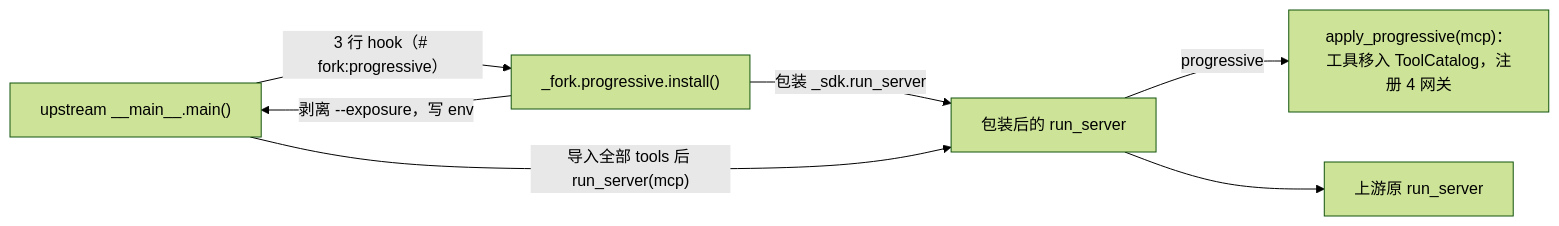
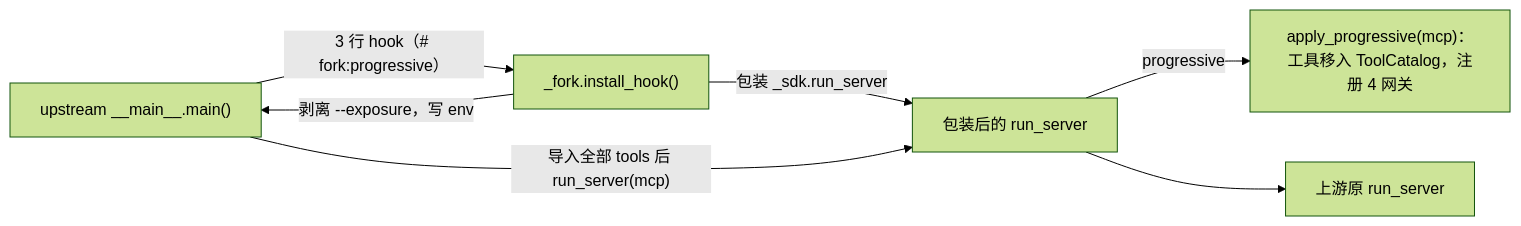
Before and after one commit to marble810/fxhoudinimcp: the diagram in .fork/README.md, drawn with Mermaid (forest theme). The commit also changed other lines of this file and 6 other files, not shown here.

First line of the commit message:
feat(fork): hook falls back to upstream full mode if the fork cannot import

````diff
--- a/.fork/README.md
+++ b/.fork/README.md
@@ -25,9 +25,9 @@
 ```mermaid
 flowchart LR
-    main["upstream __main__.main()"] -->|"3 行 hook（# fork:progressive）"| install["_fork.progressive.install()"]
+    main["upstream __main__.main()"] -->|"3 行 hook（# fork:progressive）"| install["_fork.install_hook()"]
     install -->|"剥离 --exposure，写 env"| main
     install -->|"包装 _sdk.run_server"| wrap
     main -->|"导入全部 tools 后 run_server(mcp)"| wrap["包装后的 run_server"]
     wrap -->|"progressive"| apply["apply_progressive(mcp)：工具移入 ToolCatalog，注册 4 网关"]
     wrap --> run["上游原 run_server"]
 ```
````
